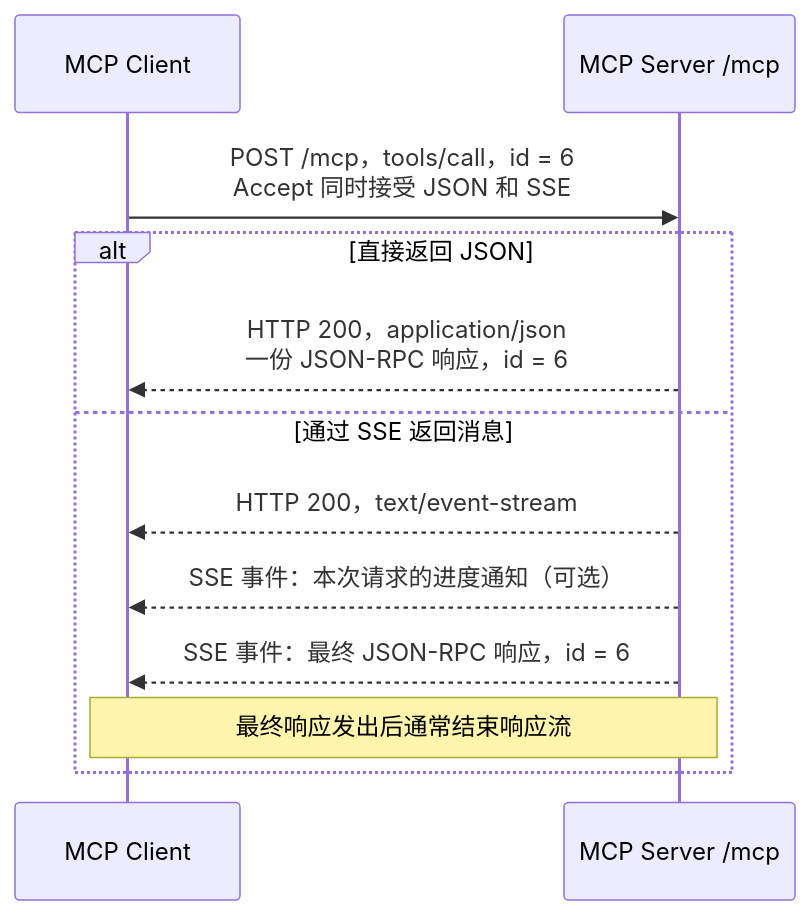
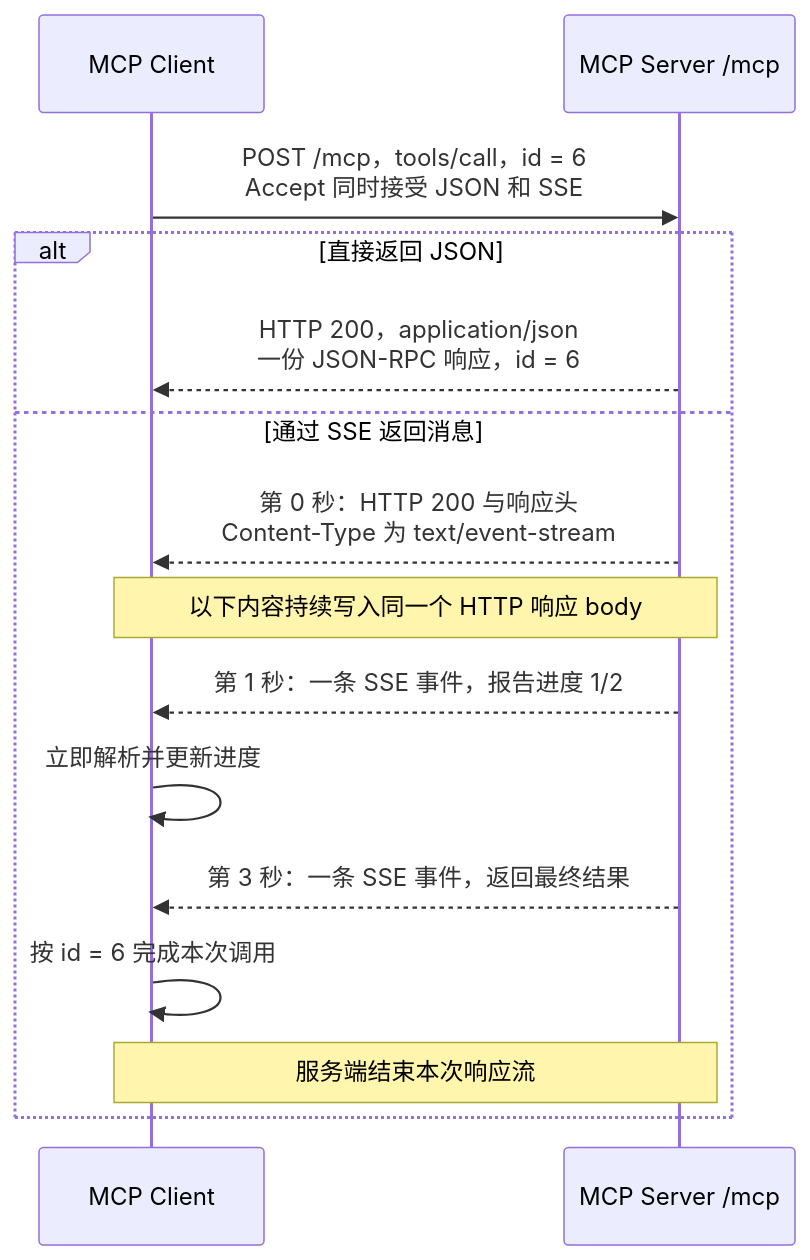
The fifth of 5 diagrams in _posts/2026-09-09-mcp-vs-rest-wire-format.md (puppylpg/puppylpg.github.io), drawn with Mermaid before and after one commit. The commit also changed other lines of this file and 1 other file, not shown here.

Commit message:
docs: explain SSE delivery and MCP progress messages

````diff
--- a/_posts/2026-09-09-mcp-vs-rest-wire-format.md
+++ b/_posts/2026-09-09-mcp-vs-rest-wire-format.md
@@ -814,14 +828,17 @@
 ```mermaid
 sequenceDiagram
     participant C as MCP Client
     participant S as MCP Server /mcp
     C->>S: POST /mcp，tools/call，id = 6<br/>Accept 同时接受 JSON 和 SSE
     alt 直接返回 JSON
         S-->>C: HTTP 200，application/json<br/>一份 JSON-RPC 响应，id = 6
     else 通过 SSE 返回消息
-        S-->>C: HTTP 200，text/event-stream
-        S-->>C: SSE 事件：本次请求的进度通知（可选）
-        S-->>C: SSE 事件：最终 JSON-RPC 响应，id = 6
-        Note over C,S: 最终响应发出后通常结束响应流
+        S-->>C: 第 0 秒：HTTP 200 与响应头<br/>Content-Type 为 text/event-stream
+        Note over C,S: 以下内容持续写入同一个 HTTP 响应 body
+        S-->>C: 第 1 秒：一条 SSE 事件，报告进度 1/2
+        C->>C: 立即解析并更新进度
+        S-->>C: 第 3 秒：一条 SSE 事件，返回最终结果
+        C->>C: 按 id = 6 完成本次调用
+        Note over C,S: 服务端结束本次响应流
     end
 ```
````
